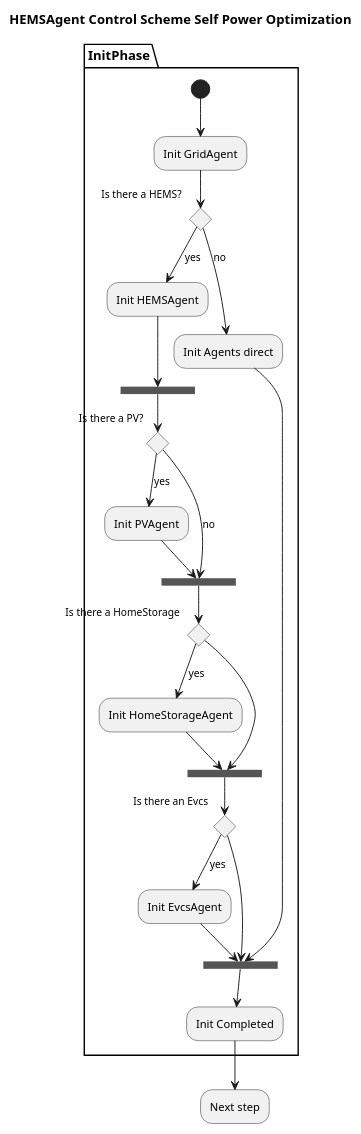
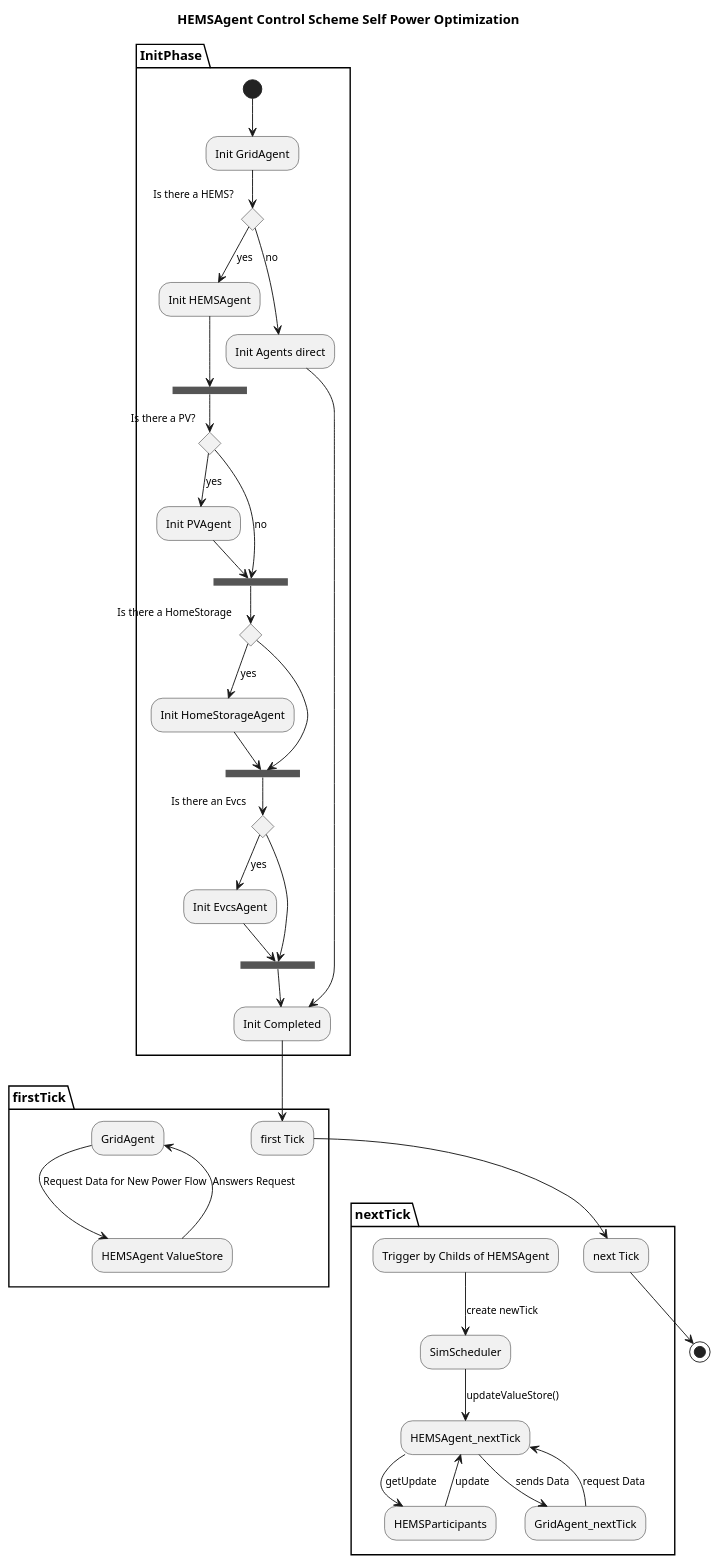
The diagram in docs/uml/protocol/HEMS_Control/HemsControlSelfOptActivityDiagram.puml (ie3-institute/simona), drawn with PlantUML before and after one commit.

Commit message:
body for first and next tick

```diff
--- a/docs/uml/protocol/HEMS_Control/HemsControlSelfOptActivityDiagram.puml
+++ b/docs/uml/protocol/HEMS_Control/HemsControlSelfOptActivityDiagram.puml
@@ -1,41 +1,75 @@
 @startuml
 title HEMSAgent Control Scheme Self Power Optimization
 partition InitPhase {
 (*) --> "Init GridAgent"
 
 
 if "Is there a HEMS?"
 --> [yes] "Init HEMSAgent"
 --> ===B1===
 
 ===B1=== --> if "Is there a PV?"
 --> [yes] "Init PVAgent"
 --> ===B2===
 else
 --> [no] ===B2===
 endif
 
 ===B2=== --> if "Is there a HomeStorage"
 --> [yes] "Init HomeStorageAgent"
 --> ===B3===
 else
 --> ===B3===
 endif
 
 ===B3=== --> if "Is there an Evcs"
 --> [yes] "Init EvcsAgent"
 --> ===B4===
 
 else
 --> ===B4===
 endif
 
 else
 --> [no] "Init Agents direct"
---> ===B4===
 endif
+--> "Init Completed"
+}
+
 ===B4=== --> "Init Completed"
+
+partition firstTick {
+--> "first Tick"
+"GridAgent" -->[Request Data for New Power Flow] "HEMSAgent ValueStore"
+--> [Answers Request] "GridAgent"
 }
-"Init Completed" -->"Next step"
+partition nextTick {
+"first Tick" --> "next Tick"
+"Trigger by Childs of HEMSAgent" -->[create newTick] "SimScheduler"
+"SimScheduler" --> [updateValueStore()] "HEMSAgent_nextTick"
+--> [getUpdate] "HEMSParticipants"
+--> [update] "HEMSAgent_nextTick"
+"GridAgent_nextTick" -->[request Data] "HEMSAgent_nextTick"
+"HEMSAgent_nextTick" --> [sends Data] "GridAgent_nextTick"
+}
+"next Tick" --> (*)
+
+
+/'-->[Update] "HEMSAgent ValueStore"
+--> "next tick"
+--> [PowerFlow] "GridAgent"
+--> "Update all Particpants"
+
+'/
+
+
+
+
+
+
+
+
+
+
 
 @enduml
```
